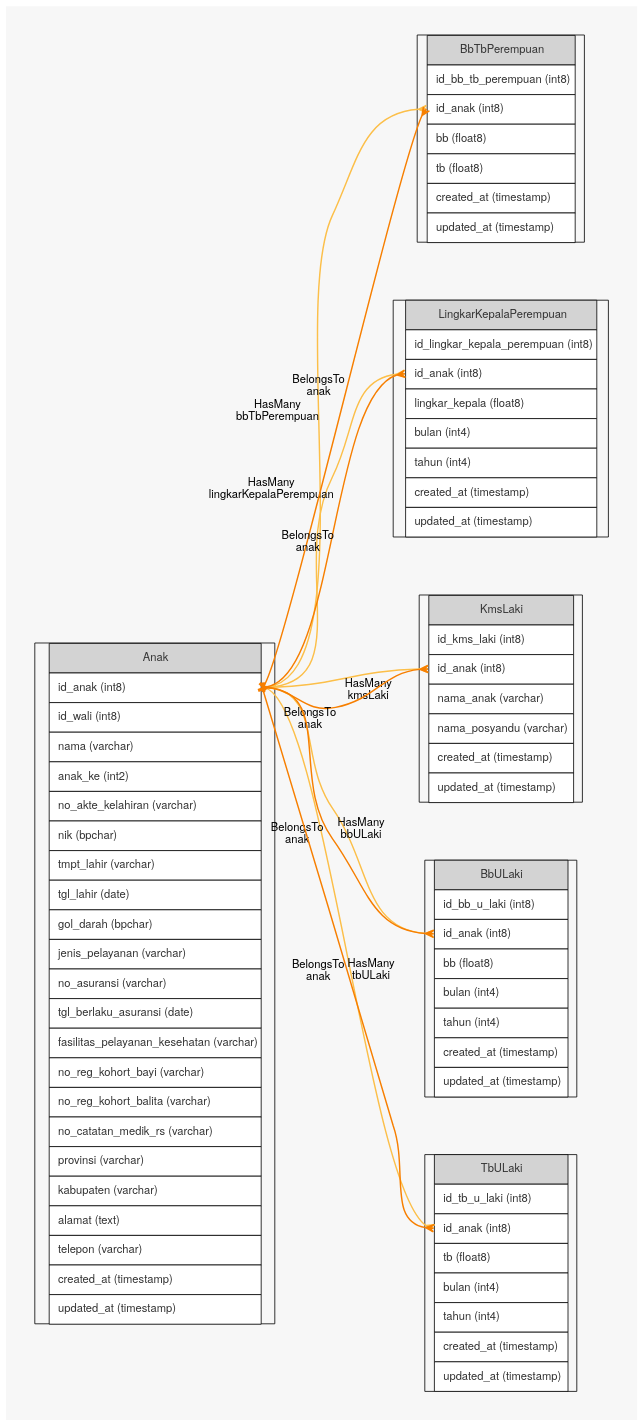
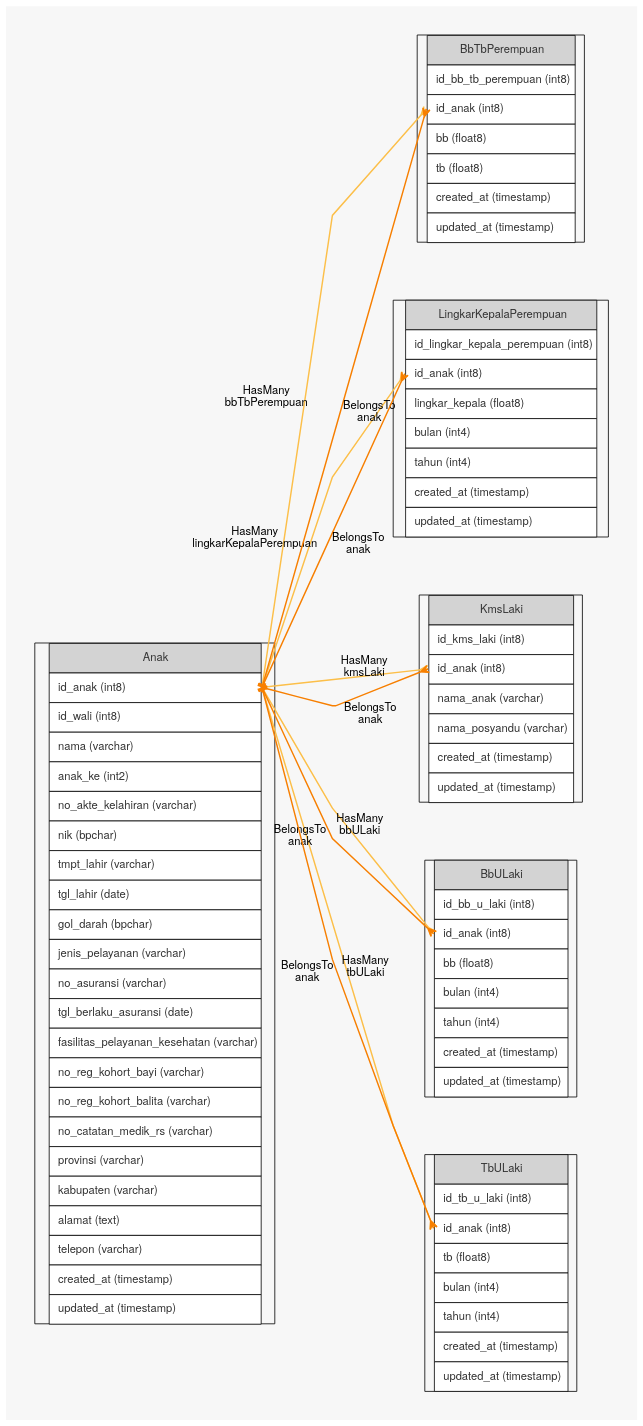
Before and after one commit to WildaniDanialNafis/my-core-pustu: the diagram in bagan/model/anak4.dot, drawn with Graphviz. The commit also changed 209 other files, not shown here.

```diff
--- a/bagan/model/anak4.dot
+++ b/bagan/model/anak4.dot
@@ -11,7 +11,7 @@
 		pad=0.5,
 		rankdir=LR,
 		ranksep=2,
-		splines=true,
+		splines=polyline,
 		style=filled
 	];
 	node [label="\N"];
```
